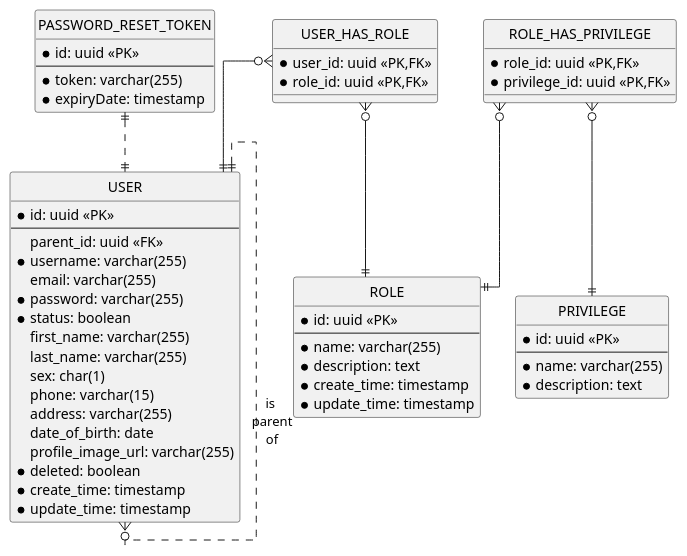
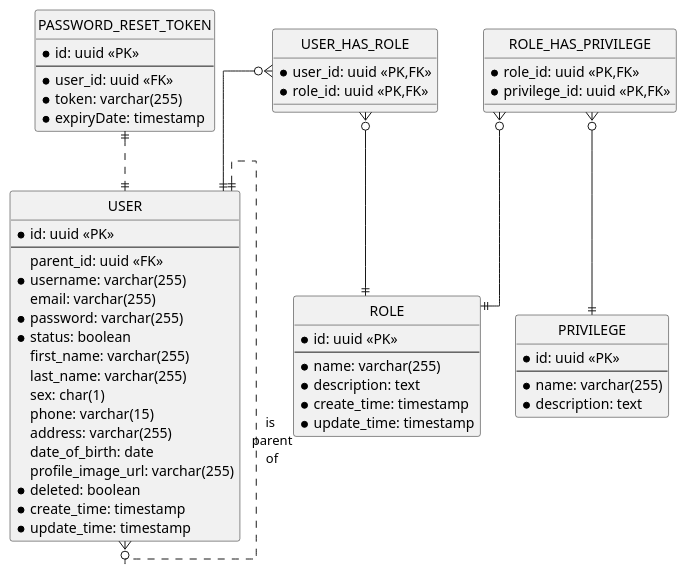
One commit to chungnguyenbkcse/ERD-USECASE-KIDSDRAWING changed the first of 12 diagrams in erd.md. Above: the diagram before and after it, drawn with PlantUML. The commit also changed 1 other file, not shown here.

Commit message:
add relationship for reset password

````diff
--- a/erd.md
+++ b/erd.md
@@ -5,71 +5,72 @@
 ```plantuml
 @startuml user_service
 ' hide the spot
 hide circle
 
 ' avoid problems with angled crows feet
 skinparam linetype ortho
 
 entity "USER" as user {
     * id: uuid <<PK>>
     --
     parent_id: uuid <<FK>>
     * username: varchar(255)
     email: varchar(255)
     * password: varchar(255)
     * status: boolean 
     first_name: varchar(255)
     last_name: varchar(255)
     sex: char(1)
     phone: varchar(15)
     address: varchar(255)
     date_of_birth: date
     profile_image_url: varchar(255)
     * deleted: boolean
     * create_time: timestamp
     * update_time: timestamp
 }
 
 entity "PASSWORD_RESET_TOKEN" as password_reset_token {
     * id: uuid <<PK>>
     --
+    * user_id: uuid <<FK>>
     * token: varchar(255)
     * expiryDate: timestamp
 }
 
 entity "ROLE" as role {
     * id: uuid <<PK>>
     --
     * name: varchar(255)
     * description: text
     * create_time: timestamp
     * update_time: timestamp
 }
 
 entity "PRIVILEGE" as privilege {
     * id: uuid <<PK>>
     --
     * name: varchar(255)
     * description: text
 }
 
 entity "USER_HAS_ROLE" as user_has_role {
     * user_id: uuid <<PK,FK>>
     * role_id: uuid <<PK,FK>>
 }
 
 entity "ROLE_HAS_PRIVILEGE" as role_has_privilege {
     * role_id: uuid <<PK,FK>>
     * privilege_id: uuid <<PK,FK>>
 }
 
 ' Authenticatin Relationship
 
 user ||..o{ user: is\n parent\n of
 user_has_role }o--|| user
 password_reset_token ||..|| user
 user_has_role }o--|| role
 role_has_privilege }o--|| role
 role_has_privilege }o--|| privilege
 @enduml
 ```
````
